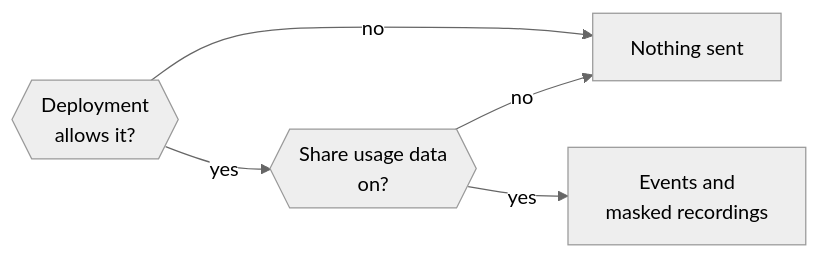
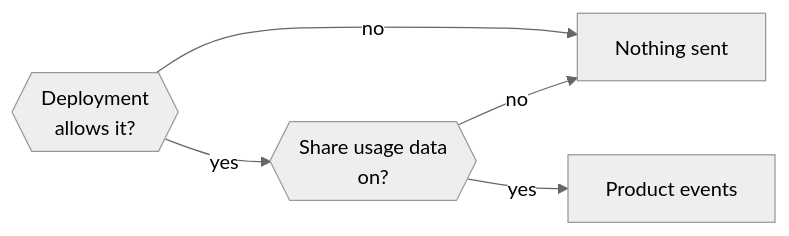
One commit to n8n-io/nod changed the diagram in docs/src/content/docs/deploy/analytics.md. Above: the diagram before and after it, drawn with Mermaid (neutral theme). The commit also changed other lines of this file and 31 other files, not shown here.

````diff
--- a/docs/src/content/docs/deploy/analytics.md
+++ b/docs/src/content/docs/deploy/analytics.md
@@ -20,7 +20,7 @@
 ```mermaid
 flowchart LR
   deploy{{Deployment<br/>allows it?}} -- yes --> owner{{Share usage data<br/>on?}}
   deploy -- no --> off[Nothing sent]:::stop
   owner -- no --> off
-  owner -- yes --> on[Events and<br/>masked recordings]:::go
+  owner -- yes --> on[Product events]:::go
 ```
````
